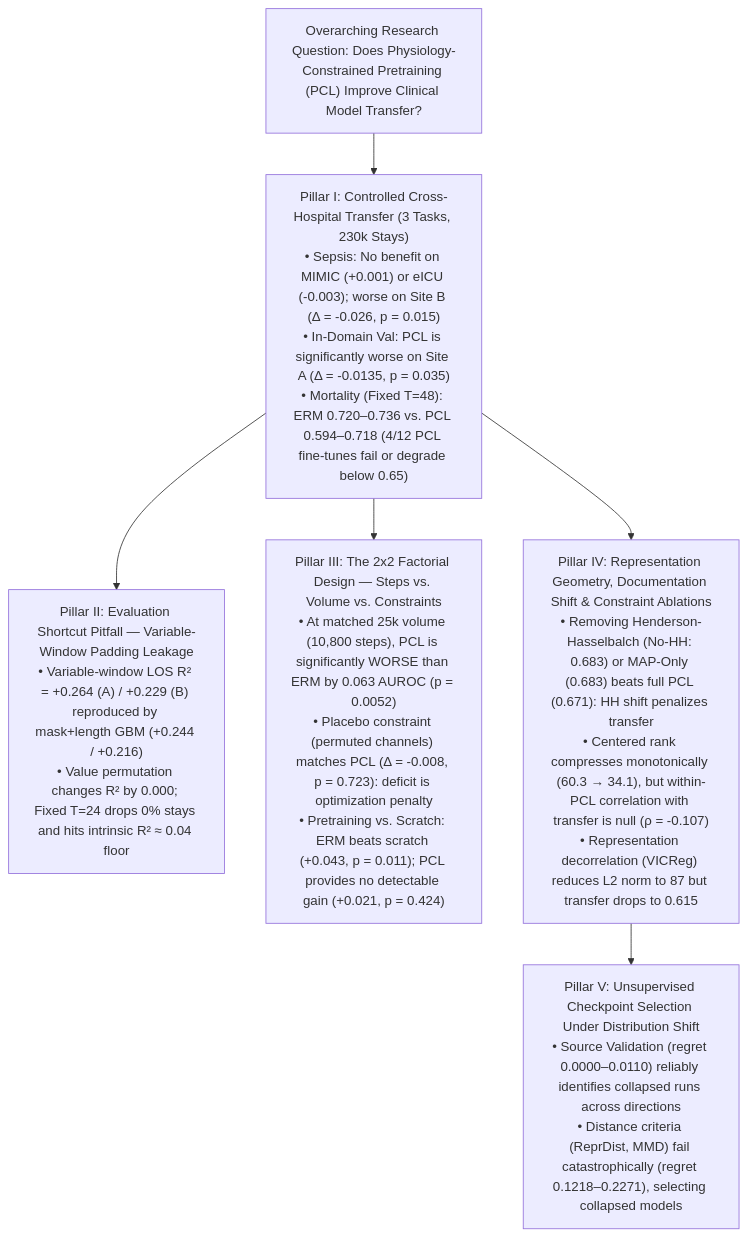
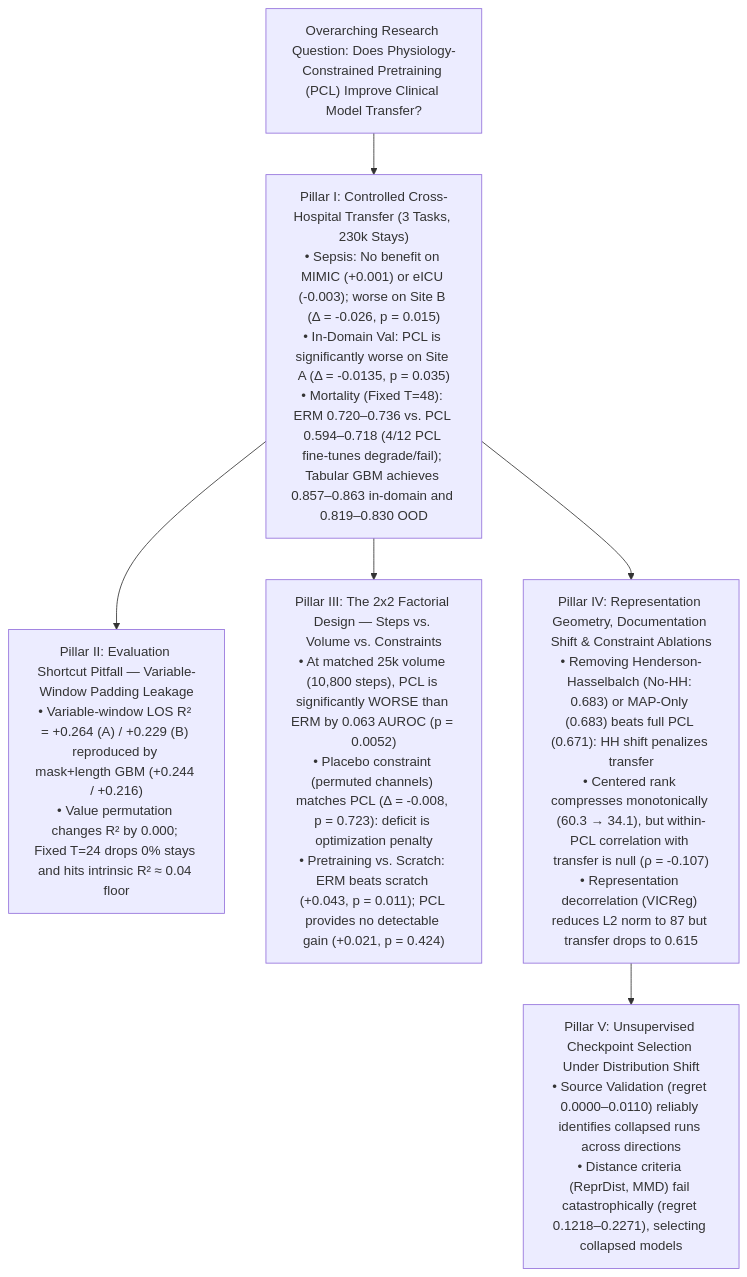
Before and after one commit to Nikhilodeon1/pcl-legacy2: the diagram in results/revision/COMPREHENSIVE_AUDIT_REPORT.md, drawn with Mermaid. The commit also changed other lines of this file, not shown here.

````diff
--- a/results/revision/COMPREHENSIVE_AUDIT_REPORT.md
+++ b/results/revision/COMPREHENSIVE_AUDIT_REPORT.md
@@ -13,16 +13,16 @@
 ```mermaid
 flowchart TD
     Q["Overarching Research Question: Does Physiology-Constrained Pretraining (PCL) Improve Clinical Model Transfer?"]
     
-    P1["Pillar I: Controlled Cross-Hospital Transfer (3 Tasks, 230k Stays)<br/>• Sepsis: No benefit on MIMIC (+0.001) or eICU (-0.003); worse on Site B (Δ = -0.026, p = 0.015)<br/>• In-Domain Val: PCL is significantly worse on Site A (Δ = -0.0135, p = 0.035)<br/>• Mortality (Fixed T=48): ERM 0.720–0.736 vs. PCL 0.594–0.718 (4/12 PCL fine-tunes fail or degrade below 0.65)"]
+    P1["Pillar I: Controlled Cross-Hospital Transfer (3 Tasks, 230k Stays)<br/>• Sepsis: No benefit on MIMIC (+0.001) or eICU (-0.003); worse on Site B (Δ = -0.026, p = 0.015)<br/>• In-Domain Val: PCL is significantly worse on Site A (Δ = -0.0135, p = 0.035)<br/>• Mortality (Fixed T=48): ERM 0.720–0.736 vs. PCL 0.594–0.718 (4/12 PCL fine-tunes degrade/fail); Tabular GBM achieves 0.857–0.863 in-domain and 0.819–0.830 OOD"]
     P2["Pillar II: Evaluation Shortcut Pitfall — Variable-Window Padding Leakage<br/>• Variable-window LOS R² = +0.264 (A) / +0.229 (B) reproduced by mask+length GBM (+0.244 / +0.216)<br/>• Value permutation changes R² by 0.000; Fixed T=24 drops 0% stays and hits intrinsic R² ≈ 0.04 floor"]
     P3["Pillar III: The 2x2 Factorial Design — Steps vs. Volume vs. Constraints<br/>• At matched 25k volume (10,800 steps), PCL is significantly WORSE than ERM by 0.063 AUROC (p = 0.0052)<br/>• Placebo constraint (permuted channels) matches PCL (Δ = -0.008, p = 0.723): deficit is optimization penalty<br/>• Pretraining vs. Scratch: ERM beats scratch (+0.043, p = 0.011); PCL provides no detectable gain (+0.021, p = 0.424)"]
     P4["Pillar IV: Representation Geometry, Documentation Shift & Constraint Ablations<br/>• Removing Henderson-Hasselbalch (No-HH: 0.683) or MAP-Only (0.683) beats full PCL (0.671): HH shift penalizes transfer<br/>• Centered rank compresses monotonically (60.3 → 34.1), but within-PCL correlation with transfer is null (ρ = -0.107)<br/>• Representation decorrelation (VICReg) reduces L2 norm to 87 but transfer drops to 0.615"]
     P5["Pillar V: Unsupervised Checkpoint Selection Under Distribution Shift<br/>• Source Validation (regret 0.0000–0.0110) reliably identifies collapsed runs across directions<br/>• Distance criteria (ReprDist, MMD) fail catastrophically (regret 0.1218–0.2271), selecting collapsed models"]
 
     Q --> P1
     P1 --> P2
     P1 --> P3
     P1 --> P4
     P4 --> P5
 ```
````
